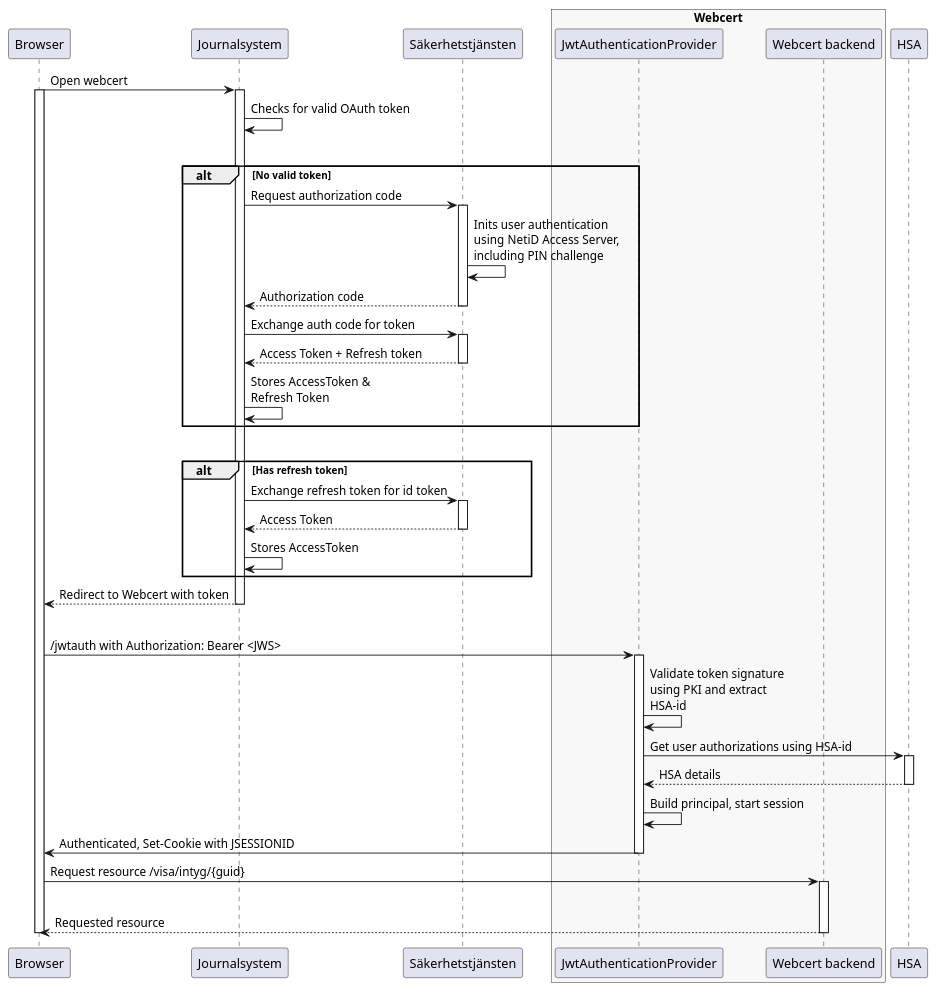
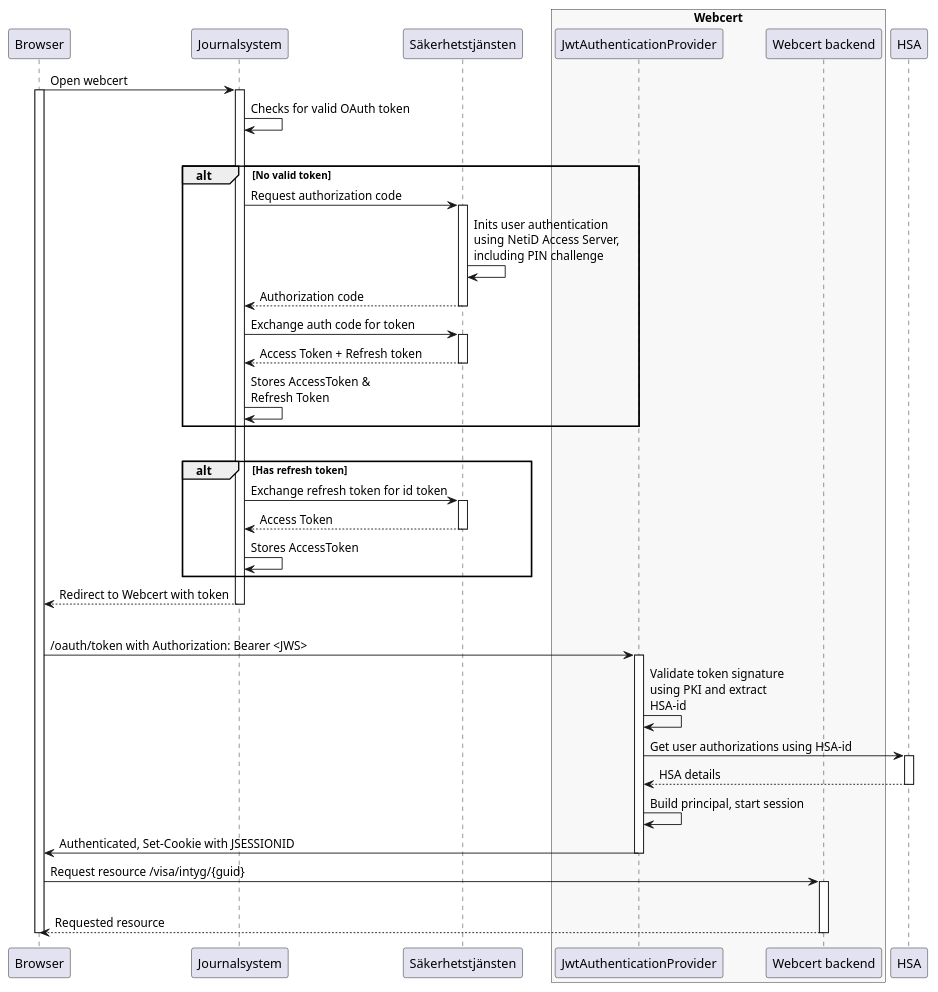
One commit to sklintyg/webcert changed the diagram in docs/plantuml/efos-alt-2-authtoken.puml. Above: the diagram before and after it, drawn with PlantUML. The commit also changed 12 other files, not shown here.

```diff
--- a/docs/plantuml/efos-alt-2-authtoken.puml
+++ b/docs/plantuml/efos-alt-2-authtoken.puml
@@ -1,68 +1,68 @@
 @startuml
 participant Browser
 participant Journalsystem
 
 participant "Säkerhetstjänsten"
 
 box "Webcert" #F8F8F8
 	participant "JwtAuthenticationProvider"
 	participant "Webcert backend"
 end box
 
 participant HSA
 
 Browser -> Journalsystem: Open webcert
 activate Browser
 activate Journalsystem
 Journalsystem -> Journalsystem: Checks for valid OAuth token
 |||
 alt No valid token
 Journalsystem -> Säkerhetstjänsten: Request authorization code
 activate "Säkerhetstjänsten"
 
 "Säkerhetstjänsten" -> "Säkerhetstjänsten": Inits user authentication\nusing NetiD Access Server,\nincluding PIN challenge
 
 "Säkerhetstjänsten" --> Journalsystem: Authorization code
 deactivate "Säkerhetstjänsten"
 Journalsystem -> Säkerhetstjänsten: Exchange auth code for token
 activate "Säkerhetstjänsten"
 "Säkerhetstjänsten" --> Journalsystem: Access Token + Refresh token
 deactivate "Säkerhetstjänsten"
 
 Journalsystem -> Journalsystem: Stores AccessToken &\nRefresh Token
 end
 |||
 alt Has refresh token
 Journalsystem -> Säkerhetstjänsten: Exchange refresh token for id token
 activate "Säkerhetstjänsten"
 "Säkerhetstjänsten" --> Journalsystem: Access Token
 deactivate "Säkerhetstjänsten"
 Journalsystem -> Journalsystem: Stores AccessToken
 end
 
 Journalsystem --> Browser: Redirect to Webcert with token
 deactivate Journalsystem
 |||
-Browser -> "JwtAuthenticationProvider": /jwtauth with Authorization: Bearer <JWS>
+Browser -> "JwtAuthenticationProvider": /oauth/token with Authorization: Bearer <JWS>
 
 
 activate  "JwtAuthenticationProvider"
 "JwtAuthenticationProvider" -> "JwtAuthenticationProvider": Validate token signature\nusing PKI and extract\nHSA-id
 "JwtAuthenticationProvider" -> HSA: Get user authorizations using HSA-id
 activate HSA
 HSA --> "JwtAuthenticationProvider": HSA details
 deactivate HSA
 
 "JwtAuthenticationProvider" -> "JwtAuthenticationProvider": Build principal, start session
 "JwtAuthenticationProvider" -> "Browser": Authenticated, Set-Cookie with JSESSIONID
 deactivate  "JwtAuthenticationProvider"
 Browser -> "Webcert backend": Request resource /visa/intyg/{guid}
 activate "Webcert backend"
 |||
 "Webcert backend" --> Browser: Requested resource
 
 deactivate "Webcert backend"
 
 deactivate Browser
 
 @enduml
```
